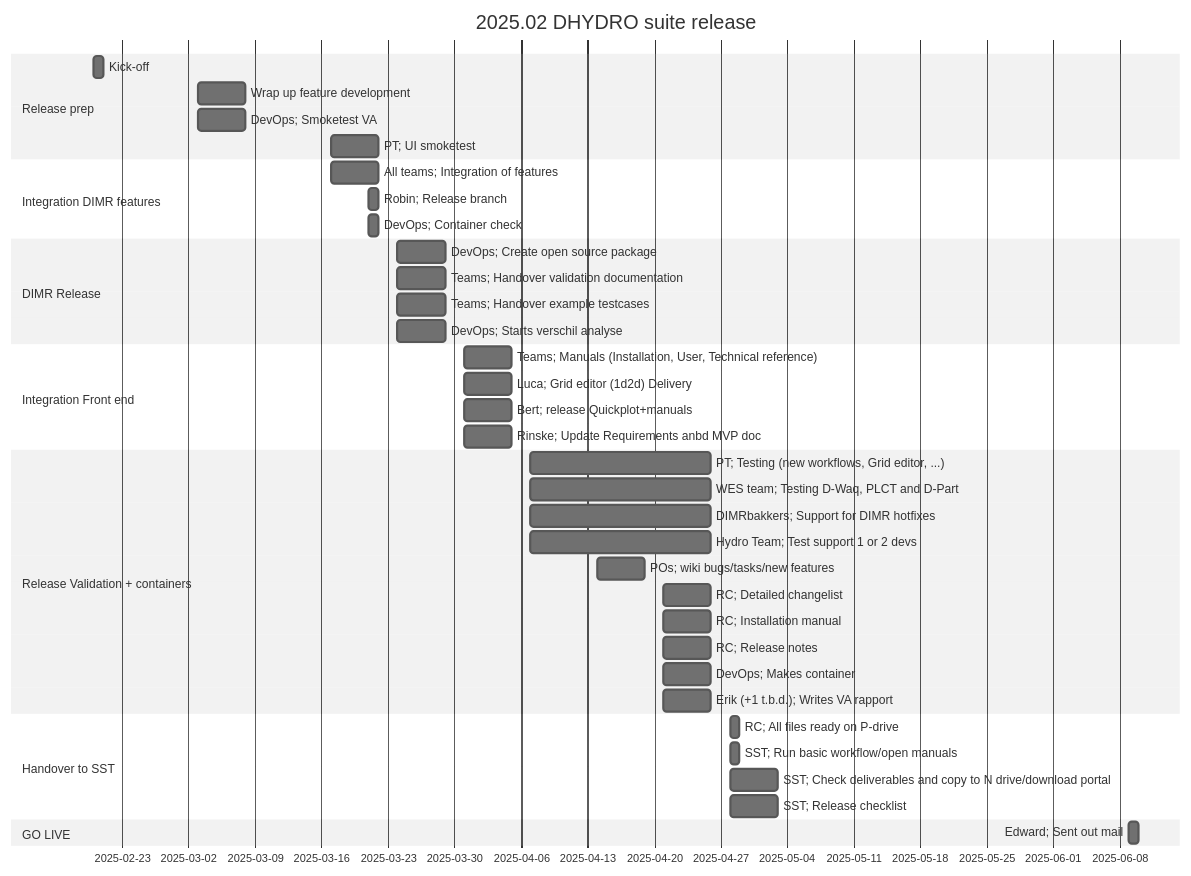
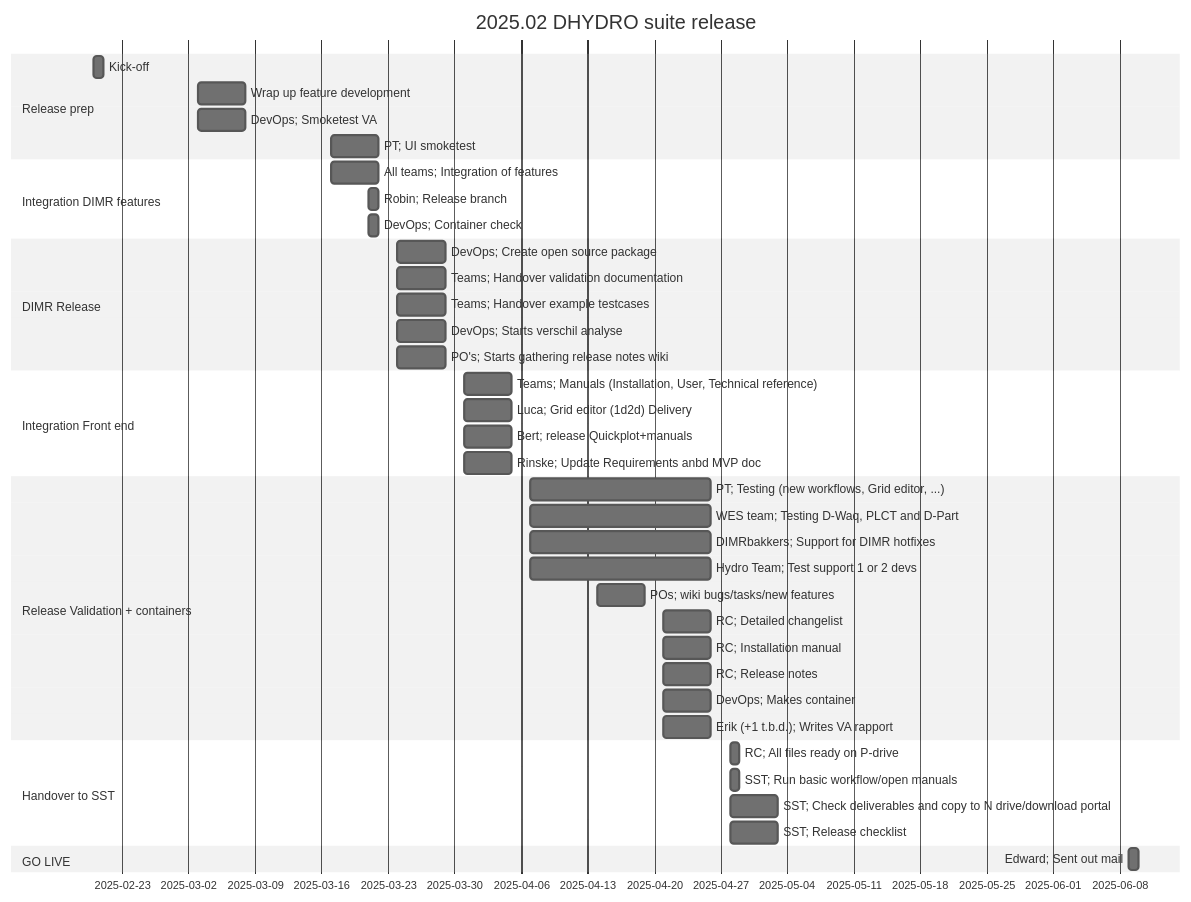
One commit to Deltares/Delft3D changed the diagram in mermaid/planning.md. Above: the diagram before and after it, drawn with Mermaid (neutral theme).

Commit message:
Add task

```diff
--- a/mermaid/planning.md
+++ b/mermaid/planning.md
@@ -1,50 +1,51 @@
 ::: mermaid
 gantt
     title 2025.02 DHYDRO suite release
     dateFormat  YYYY-MM-DD
     dateFormat  DD-MM-YYYY
     
     section Release prep
     Kick-off :20-02-2025, 1d
     Wrap up feature development :03-03-2025, 5d
     DevOps; Smoketest VA :03-03-2025, 5d
     PT; UI smoketest :17-03-2025, 5d
 
     section Integration DIMR features
     All teams; Integration of features :17-03-2025, 5d
     Robin; Release branch :21-03-2025, 1d
     DevOps; Container check :21-03-2025, 1d
 
     section DIMR Release
     DevOps; Create open source package :24-03-2025, 5d
     Teams; Handover validation documentation :24-03-2025, 5d
     Teams; Handover example testcases :24-03-2025, 5d
     DevOps; Starts verschil analyse :24-03-2025, 5d
+    PO's; Starts gathering release notes wiki :24-03-2025, 5d
 
     section Integration Front end
     Teams; Manuals (Installation, User, Technical reference) :31-03-2025, 5d
     Luca; Grid editor (1d2d) Delivery :31-03-2025, 5d
     Bert; release Quickplot+manuals :31-03-2025, 5d
     Rinske; Update Requirements anbd MVP doc :31-03-2025, 5d
 
     section Release Validation + containers
     PT; Testing (new workflows, Grid editor, ...) :07-04-2025, 19d
     WES team; Testing D-Waq, PLCT and D-Part :07-04-2025, 19d
     DIMRbakkers; Support for DIMR hotfixes :07-04-2025, 19d
     Hydro Team; Test support 1 or 2 devs :07-04-2025, 19d
     POs; wiki bugs/tasks/new features :14-04-2025, 5d
     RC; Detailed changelist :21-04-2025, 5d
     RC; Installation manual :21-04-2025, 5d
     RC; Release notes :21-04-2025, 5d
     DevOps; Makes container :21-04-2025, 5d
     Erik (+1 t.b.d.); Writes VA rapport :21-04-2025, 5d
 
     section Handover to SST
     RC; All files ready on P-drive: 28-04-2025, 1d
     SST; Run basic workflow/open manuals: 28-04-2025, 1d
     SST; Check deliverables and copy to N drive/download portal: 28-04-2025, 5d
     SST; Release checklist: 28-04-2025, 5d
 
     section GO LIVE
     Edward; Sent out mail: 09-06-2025, 1d
 :::
```
